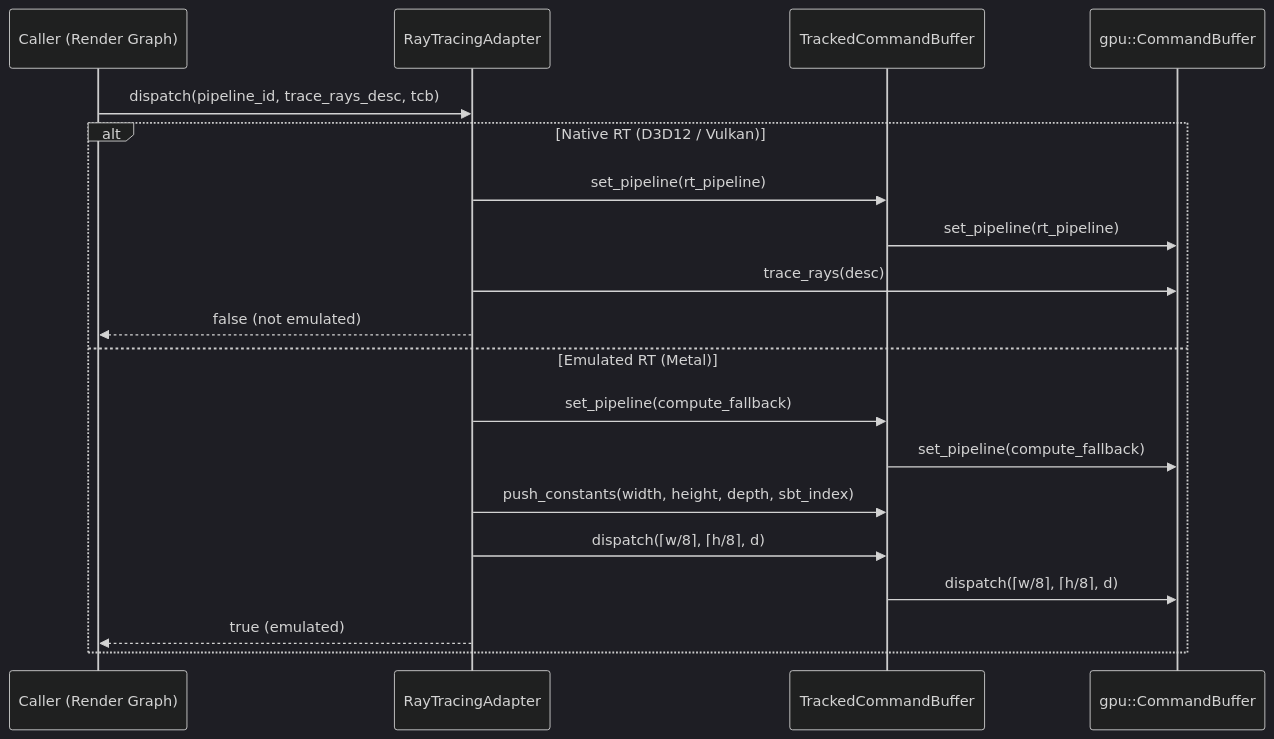
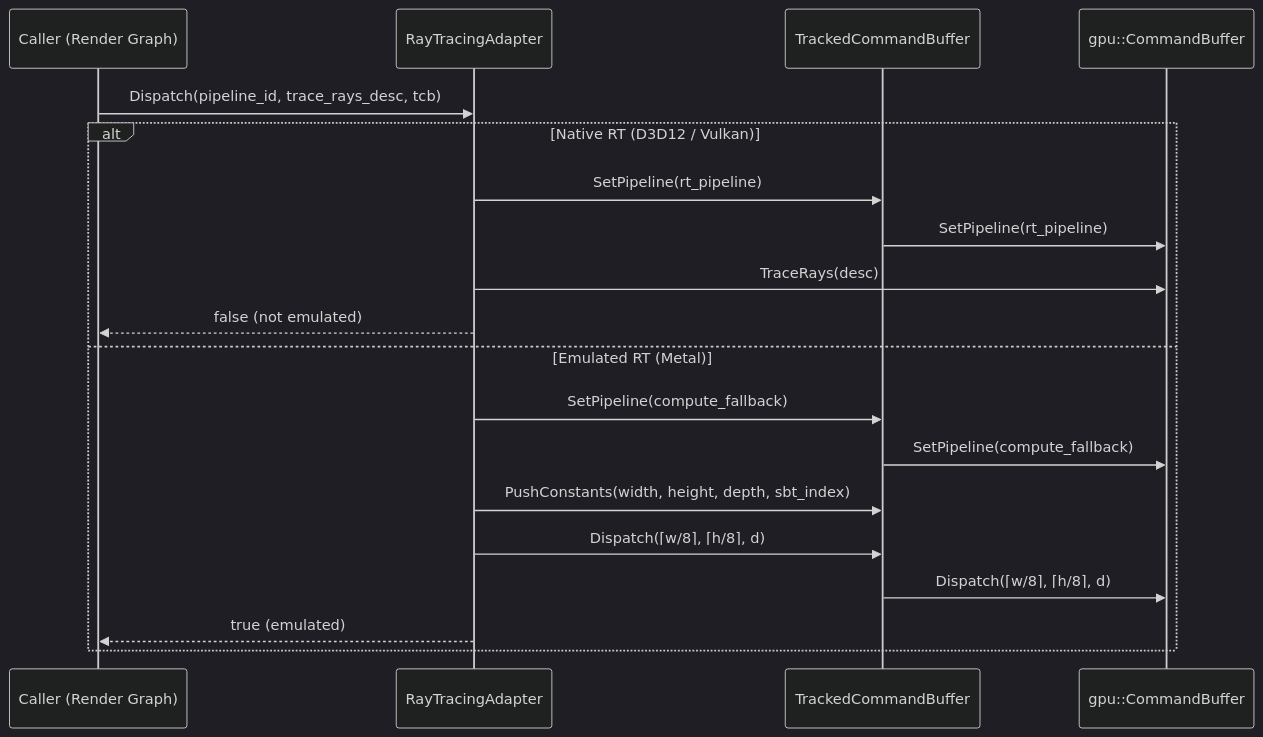
One commit to harmonius-dev/harmonius changed the tenth of 11 diagrams in docs/design/gpu-runtime-classes.md. Above: the diagram before and after it, drawn with Mermaid (dark theme). The commit also changed other lines of this file and 67 other files, not shown here.

````diff
--- a/docs/design/gpu-runtime-classes.md
+++ b/docs/design/gpu-runtime-classes.md
@@ -585,23 +585,23 @@
 ```mermaid
 sequenceDiagram
     participant Caller as Caller (Render Graph)
     participant RTA as RayTracingAdapter
     participant TCB as TrackedCommandBuffer
     participant CB as gpu::CommandBuffer
 
-    Caller->>RTA: dispatch(pipeline_id, trace_rays_desc, tcb)
+    Caller->>RTA: Dispatch(pipeline_id, trace_rays_desc, tcb)
 
     alt Native RT (D3D12 / Vulkan)
-        RTA->>TCB: set_pipeline(rt_pipeline)
-        TCB->>CB: set_pipeline(rt_pipeline)
-        RTA->>CB: trace_rays(desc)
+        RTA->>TCB: SetPipeline(rt_pipeline)
+        TCB->>CB: SetPipeline(rt_pipeline)
+        RTA->>CB: TraceRays(desc)
         RTA-->>Caller: false (not emulated)
     else Emulated RT (Metal)
-        RTA->>TCB: set_pipeline(compute_fallback)
-        TCB->>CB: set_pipeline(compute_fallback)
-        RTA->>TCB: push_constants(width, height, depth, sbt_index)
-        RTA->>TCB: dispatch(⌈w/8⌉, ⌈h/8⌉, d)
-        TCB->>CB: dispatch(⌈w/8⌉, ⌈h/8⌉, d)
+        RTA->>TCB: SetPipeline(compute_fallback)
+        TCB->>CB: SetPipeline(compute_fallback)
+        RTA->>TCB: PushConstants(width, height, depth, sbt_index)
+        RTA->>TCB: Dispatch(⌈w/8⌉, ⌈h/8⌉, d)
+        TCB->>CB: Dispatch(⌈w/8⌉, ⌈h/8⌉, d)
         RTA-->>Caller: true (emulated)
     end
 ```
````
